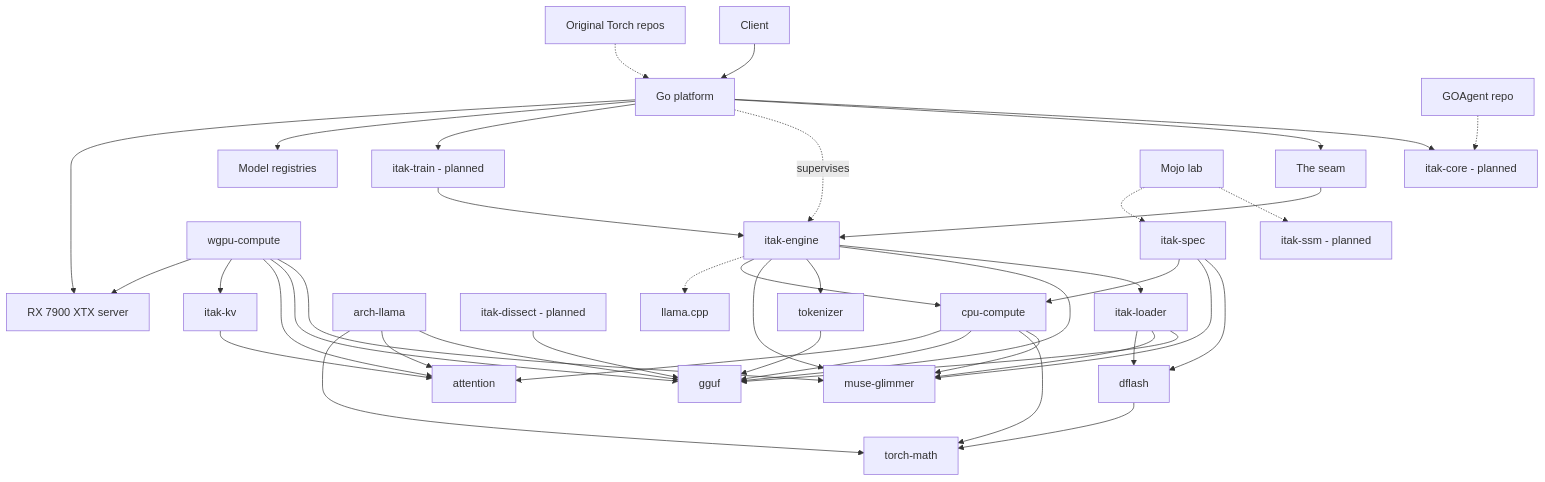
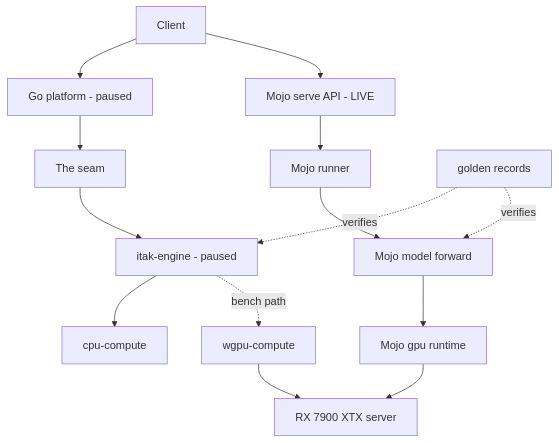
Before and after one commit to David2024patton/itak-torch-rebuild: the diagram in docs/MAP.md, drawn with Mermaid. The commit also changed other lines of this file and 5 other files, not shown here.

First line of the commit message:
docs: build the relational diagram under docs/relational-map, point MAP.md at it, add the diagram rule to RULES.md

````diff
--- a/docs/MAP.md
+++ b/docs/MAP.md
@@ -113,44 +83,16 @@
 ```mermaid
 flowchart TD
-  C[Client] --> P[Go platform]
-  P --> CORE[itak-core - planned]
+  C[Client] --> P[Go platform - paused]
+  C --> S[Mojo serve API - LIVE]
   P --> SEAM[The seam]
-  SEAM --> ENG[itak-engine]
-  P -. supervises .-> ENG
-  ENG --> LOAD[itak-loader]
-  LOAD --> GG[gguf]
-  LOAD --> GLIM[muse-glimmer]
-  LOAD --> DF[dflash]
-  ENG --> GG
-  ENG --> TOK[tokenizer]
-  TOK --> GG
-  ENG --> GLIM
+  SEAM --> ENG[itak-engine - paused]
   ENG --> CPU[cpu-compute]
-  CPU --> GLIM
-  CPU --> MATH[torch-math]
-  CPU --> GG
-  CPU --> ATT[attention]
-  WGPU[wgpu-compute] --> GLIM
-  WGPU --> GG
-  WGPU --> ATT
-  WGPU --> KV[itak-kv]
-  KV --> ATT
-  WGPU --> GPU[RX 7900 XTX server]
-  ARCH[arch-llama] --> GG
-  ARCH --> ATT
-  ARCH --> MATH
-  DF --> MATH
-  SPEC[itak-spec] --> DF
-  SPEC --> GLIM
-  SPEC --> CPU
-  P --> TRAIN[itak-train - planned]
-  TRAIN --> ENG
-  DIS[itak-dissect - planned] --> GG
-  P --> REG[Model registries]
-  LAB[Mojo lab] -.-> SSM[itak-ssm - planned]
-  LAB -.-> SPEC
-  ORIG[Original Torch repos] -.-> P
-  GOA[GOAgent repo] -.-> CORE
-  ENG -.-> LLAMA[llama.cpp]
-  P --> GPU
+  S --> RUN[Mojo runner]
+  RUN --> MODEL[Mojo model forward]
+  MODEL --> GPU[Mojo gpu runtime]
+  GPU --> CARD[RX 7900 XTX server]
+  ENG -. bench path .-> WGPU[wgpu-compute]
+  WGPU --> CARD
+  GOLD[golden records] -. verifies .-> ENG
+  GOLD -. verifies .-> MODEL
 ```
````
